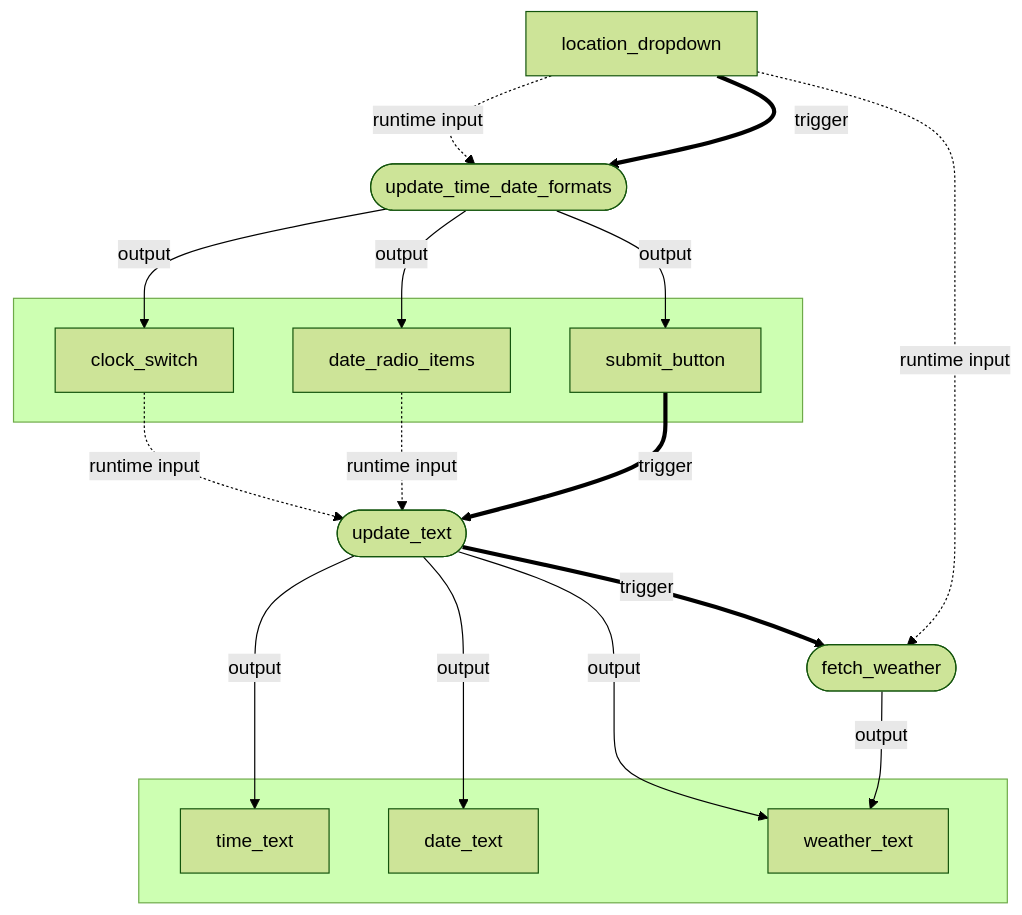
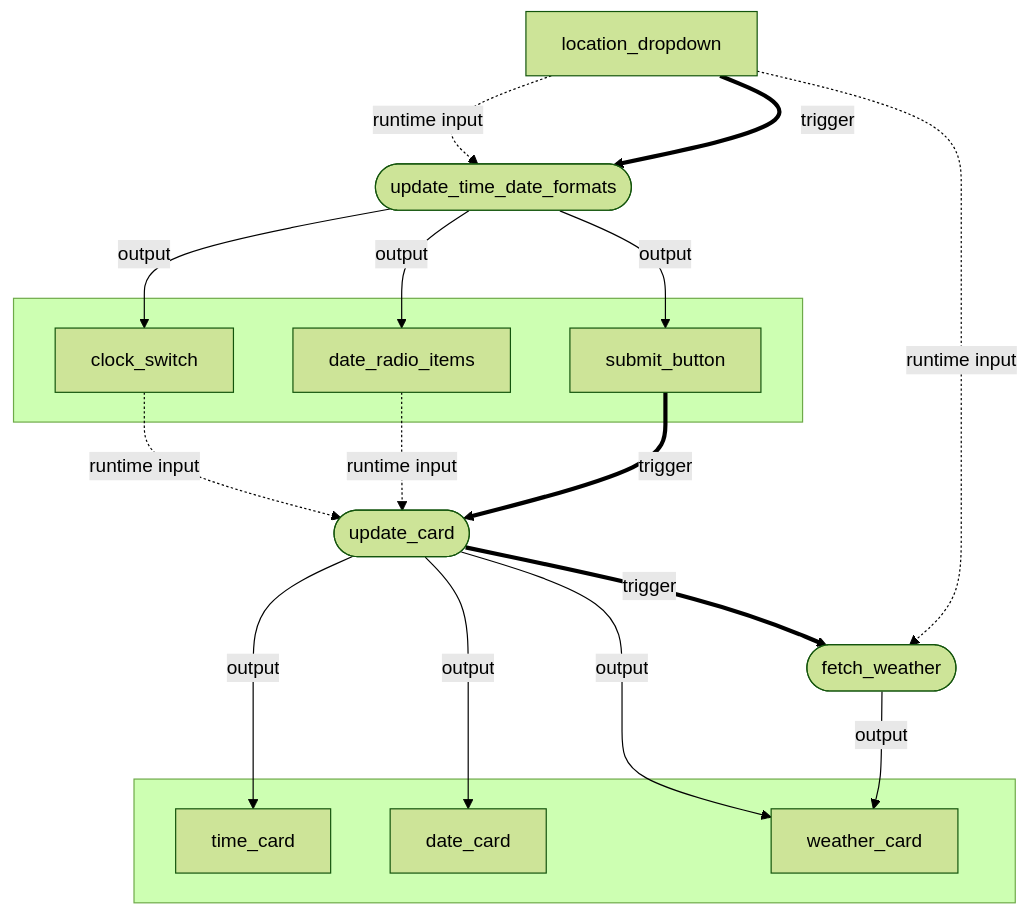
The fifth of 6 diagrams in vizro-core/docs/pages/tutorials/custom-actions.md (mckinsey/vizro), drawn with Mermaid (forest theme) before and after one commit. The commit also changed other lines of this file, not shown here.

Commit message:
Tutorial: Change styling to use Card and emojis

````diff
--- a/vizro-core/docs/pages/tutorials/custom-actions.md
+++ b/vizro-core/docs/pages/tutorials/custom-actions.md
@@ -602,23 +602,23 @@
 ```mermaid
 graph TD
   subgraph screen_1[" "]
     clock_switch
     date_radio_items
     submit_button
   end
 
   subgraph screen_2[" "]
-    time_text
-    date_text
-    weather_text
+    time_card
+    date_card
+    weather_card
   end
 
-  clock_switch & date_radio_items -. runtime input .-> update_text -- output --> time_text & date_text & weather_text
+  clock_switch & date_radio_items -. runtime input .-> update_card -- output --> time_card & date_card & weather_card
   location_dropdown -. runtime input .-> update_time_date_formats -- output --> clock_switch & date_radio_items & submit_button
 
   location_dropdown == trigger ==> update_time_date_formats([update_time_date_formats])
-  submit_button == trigger ==> update_text
-  update_text([update_text]) == trigger ==> fetch_weather([fetch_weather])
+  submit_button == trigger ==> update_card
+  update_card([update_card]) == trigger ==> fetch_weather([fetch_weather])
 
-  location_dropdown -. runtime input .-> fetch_weather -- output --> weather_text
+  location_dropdown -. runtime input .-> fetch_weather -- output --> weather_card
 ```
````
